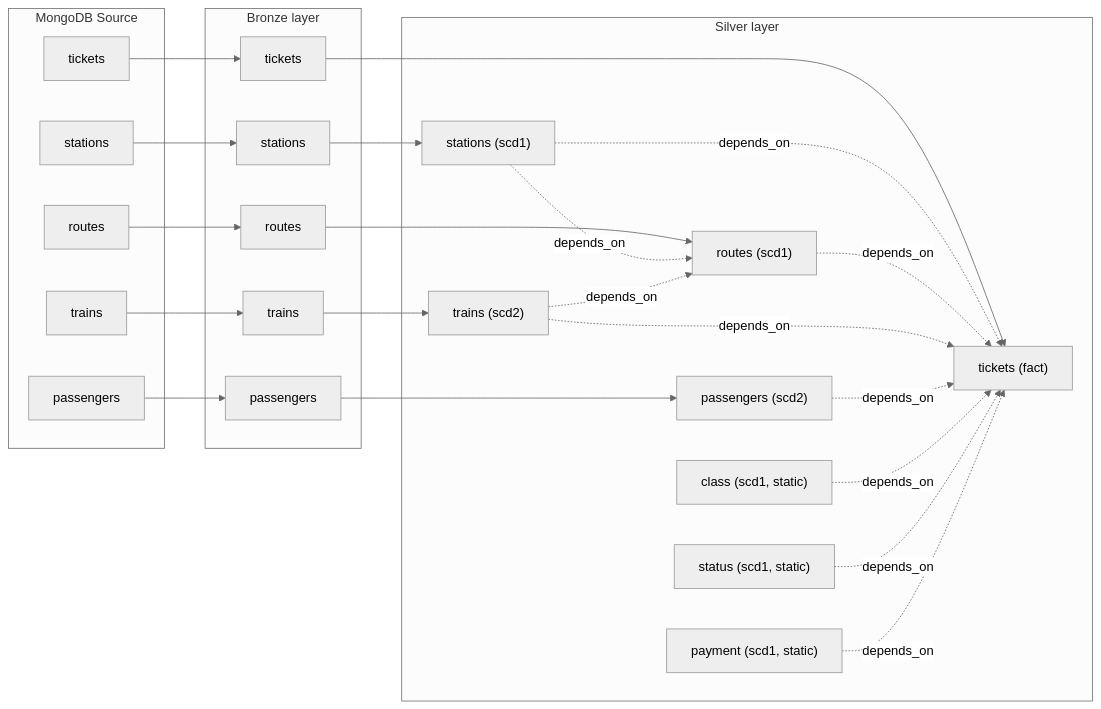
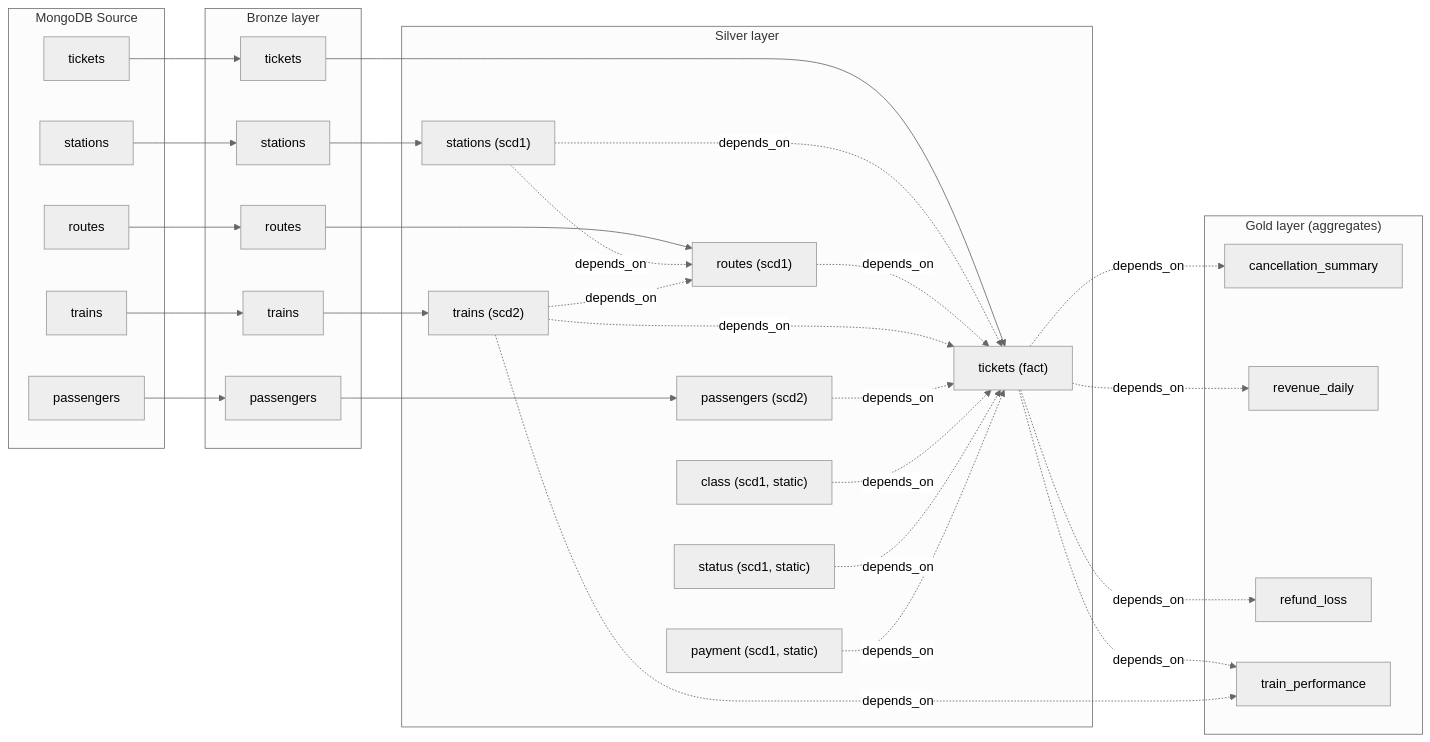
The second of 3 diagrams in README.md (dimasegaabirama/Train-Batch-Data-Pipeline), drawn with Mermaid (neutral theme) before and after one commit. The commit also changed other lines of this file and 17 other files, not shown here.

````diff
--- a/README.md
+++ b/README.md
@@ -44,44 +44,56 @@
 ```mermaid
 flowchart LR
     subgraph Source["MongoDB Source"]
         S_pass["passengers"]
         S_stat["stations"]
         S_train["trains"]
         S_route["routes"]
         S_tick["tickets"]
     end
     subgraph Bronze["Bronze layer"]
         B_pass["passengers"]
         B_stat["stations"]
         B_train["trains"]
         B_route["routes"]
         B_tick["tickets"]
     end
     subgraph Silver["Silver layer"]
         SV_pass["passengers (scd2)"]
         SV_stat["stations (scd1)"]
         SV_train["trains (scd2)"]
         SV_route["routes (scd1)"]
         SV_tick["tickets (fact)"]
         SV_class["class (scd1, static)"]
         SV_status["status (scd1, static)"]
         SV_payment["payment (scd1, static)"]
     end
+    subgraph Gold["Gold layer (aggregates)"]
+        G_cancel["cancellation_summary"]
+        G_revenue["revenue_daily"]
+        G_refund["refund_loss"]
+        G_perf["train_performance"]
+    end
 
     S_pass --> B_pass --> SV_pass
     S_stat --> B_stat --> SV_stat
     S_train --> B_train --> SV_train
     S_route --> B_route --> SV_route
     S_tick --> B_tick --> SV_tick
 
     SV_stat -. depends_on .-> SV_route
     SV_train -. depends_on .-> SV_route
 
     SV_stat -. depends_on .-> SV_tick
     SV_route -. depends_on .-> SV_tick
     SV_train -. depends_on .-> SV_tick
     SV_pass -. depends_on .-> SV_tick
     SV_class -. depends_on .-> SV_tick
     SV_status -. depends_on .-> SV_tick
     SV_payment -. depends_on .-> SV_tick
+
+    SV_tick -. depends_on .-> G_cancel
+    SV_tick -. depends_on .-> G_revenue
+    SV_tick -. depends_on .-> G_refund
+    SV_tick -. depends_on .-> G_perf
+    SV_train -. depends_on .-> G_perf
 ```
````
